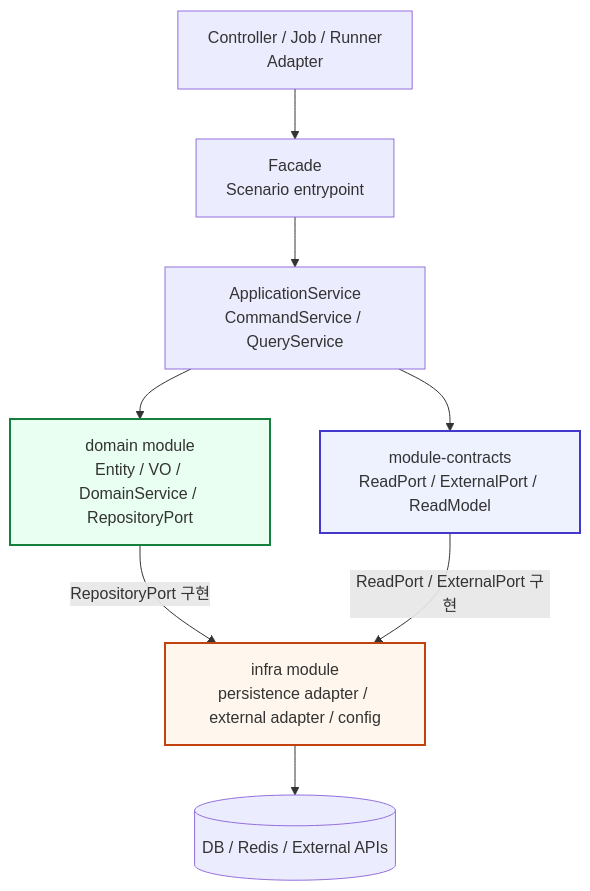
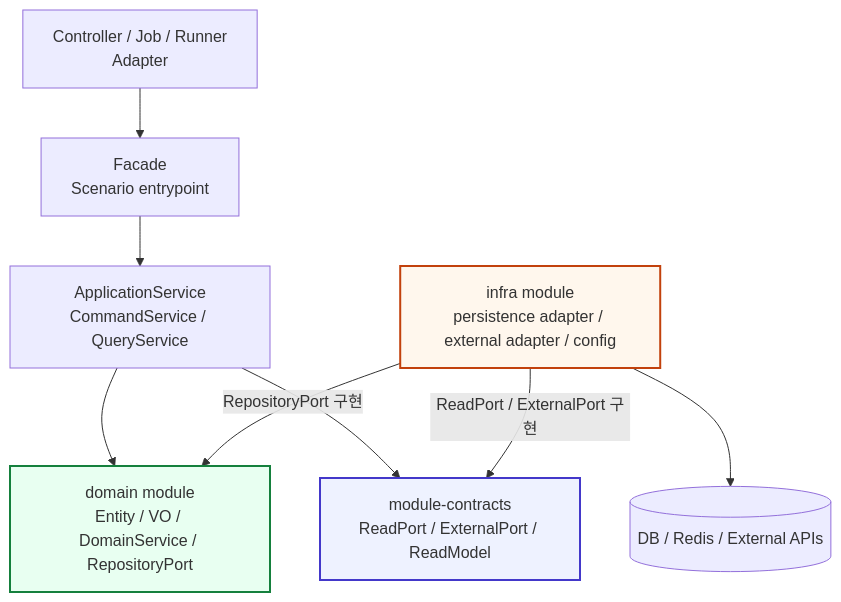
Before and after one commit to TEAM-BEAT/BEAT-SERVER: the first of 14 diagrams in infra/README.md, drawn with Mermaid.

Commit message:
fix: infra README Section 2 레이어 다이어그램 의존성 화살표 방향 수정 (#439)
Domain/Contracts --> Infra 가 아니라 Infra --> Domain/Contracts 가 올바른 방향.
Infra가 Domain의 RepositoryPort를 구현하므로 의존 방향은 Infra → Domain.

````diff
--- a/infra/README.md
+++ b/infra/README.md
@@ -46,22 +46,22 @@
 ```mermaid
 flowchart TB
     Controller[Controller / Job / Runner<br/>Adapter]
     Facade[Facade<br/>Scenario entrypoint]
     App[ApplicationService<br/>CommandService / QueryService]
     Domain[domain module<br/>Entity / VO / DomainService / RepositoryPort]
     Contracts[module-contracts<br/>ReadPort / ExternalPort / ReadModel]
     Infra[infra module<br/>persistence adapter / external adapter / config]
     External[(DB / Redis / External APIs)]
 
     Controller --> Facade
     Facade --> App
     App --> Domain
     App --> Contracts
-    Domain -->|RepositoryPort 구현| Infra
-    Contracts -->|ReadPort / ExternalPort 구현| Infra
+    Infra -->|RepositoryPort 구현| Domain
+    Infra -->|ReadPort / ExternalPort 구현| Contracts
     Infra --> External
 
     style Domain fill:#e8fff1,stroke:#15803d,stroke-width:2px
     style Contracts fill:#eef2ff,stroke:#4338ca,stroke-width:2px
     style Infra fill:#fff7ed,stroke:#c2410c,stroke-width:2px
 ```
````
